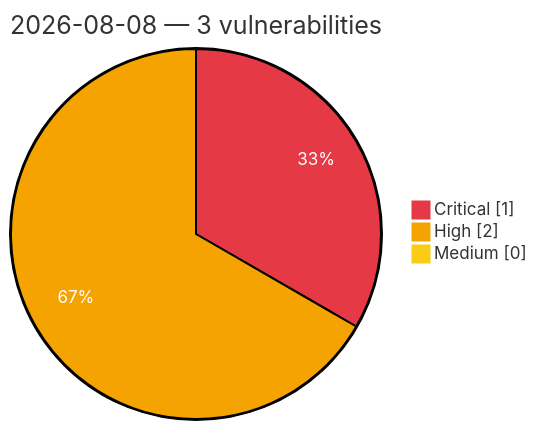
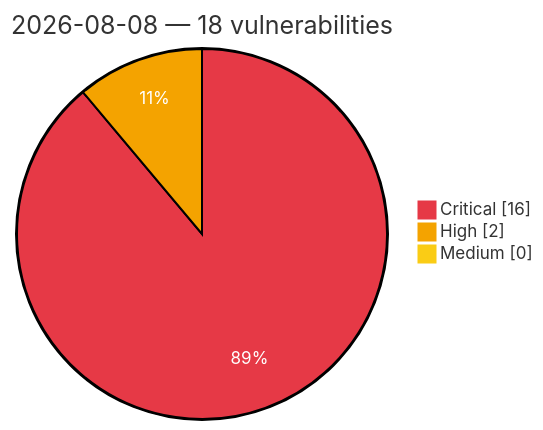
Before and after one commit to GhostX0X/vuln-tracker: the diagram in vulnerabilities/2026/August/2026-08-08.md, drawn with Mermaid. The commit also changed other lines of this file and 5 other files, not shown here.

````diff
--- a/vulnerabilities/2026/August/2026-08-08.md
+++ b/vulnerabilities/2026/August/2026-08-08.md
@@ -3,8 +3,8 @@
 ```mermaid
 %%{init: {'theme':'base', 'themeVariables': {'pie1':'#e63946', 'pie2':'#f4a300', 'pie3':'#facc15', 'pieOpacity':'1', 'pieOuterStrokeWidth':'2px', 'pieSectionTextColor':'#ffffff'}}}%%
 pie showData
-    title 2026-08-08 — 3 vulnerabilities
-    "Critical" : 1
+    title 2026-08-08 — 18 vulnerabilities
+    "Critical" : 16
     "High" : 2
     "Medium" : 0
 ```
````
